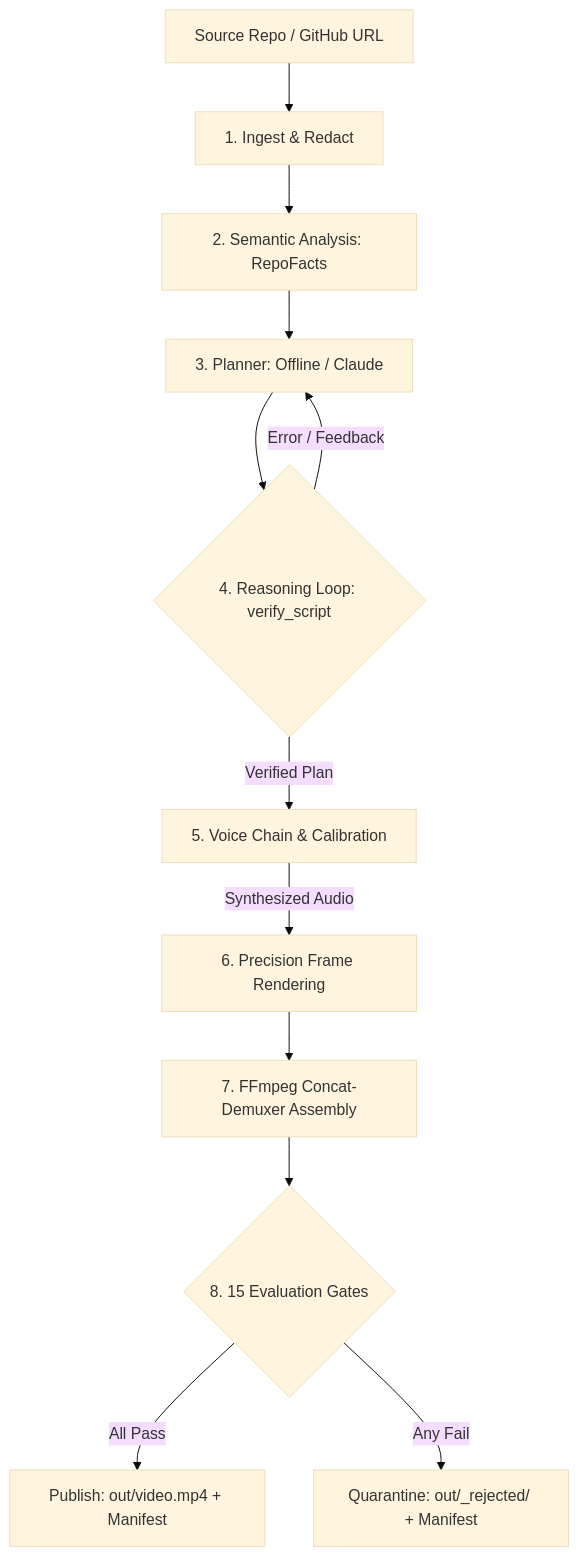
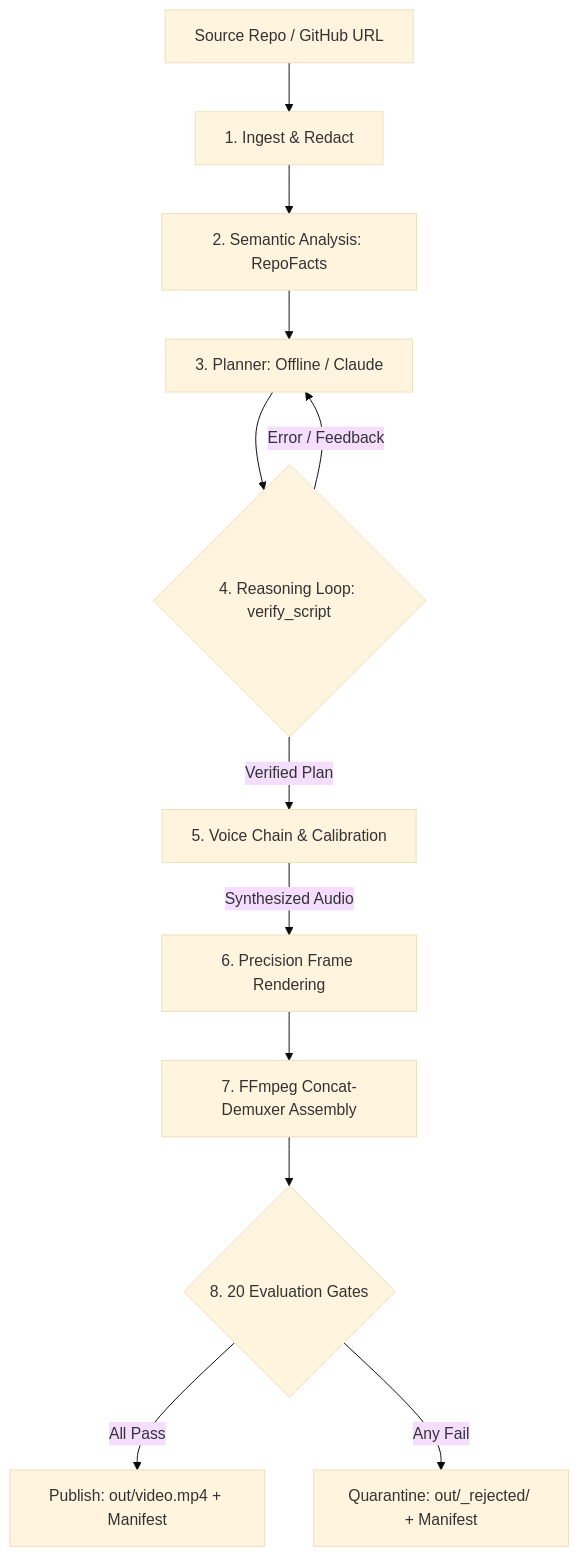
Before and after one commit to P1Manav/DevVideo: the diagram in README.md, drawn with Mermaid (base theme). The commit also changed other lines of this file and 136 other files, not shown here.

````diff
--- a/README.md
+++ b/README.md
@@ -66,14 +70,14 @@
 ```mermaid
 flowchart TD
     A[Source Repo / GitHub URL] --> B[1. Ingest & Redact]
     B --> C[2. Semantic Analysis: RepoFacts]
     C --> D[3. Planner: Offline / Claude]
     D --> E{4. Reasoning Loop: verify_script}
     E -- Error / Feedback --> D
     E -- Verified Plan --> F[5. Voice Chain & Calibration]
     F -- Synthesized Audio --> G[6. Precision Frame Rendering]
     G --> H[7. FFmpeg Concat-Demuxer Assembly]
-    H --> I{8. 15 Evaluation Gates}
+    H --> I{8. <!-- BEGIN:GENERATED:gate_count -->20<!-- END:GENERATED:gate_count --> Evaluation Gates}
     I -- All Pass --> J[Publish: out/video.mp4 + Manifest]
     I -- Any Fail --> K[Quarantine: out/_rejected/ + Manifest]
 ```
````
